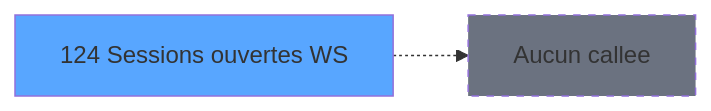
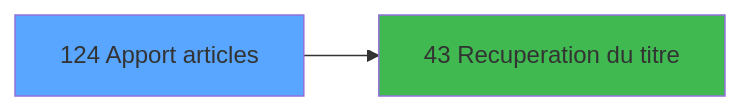
Before and after one commit to thonyAGP/lecteur-magic: the third of 3 diagrams in .openspec/specs/ADH-IDE-124.md, drawn with Mermaid. The commit also changed other lines of this file and 493 other files, not shown here.

````diff
--- a/.openspec/specs/ADH-IDE-124.md
+++ b/.openspec/specs/ADH-IDE-124.md
@@ -163,8 +262,8 @@
 ```mermaid
 graph LR
-    T124[124 Sessions ouvertes WS]
+    T124[124 Apport articles]
     style T124 fill:#58a6ff
-    NONE[Aucun callee]
-    T124 -.-> NONE
-    style NONE fill:#6b7280,stroke-dasharray: 5 5
+    C43[43 Recuperation du titre]
+    T124 --> C43
+    style C43 fill:#3fb950
 ```
````
